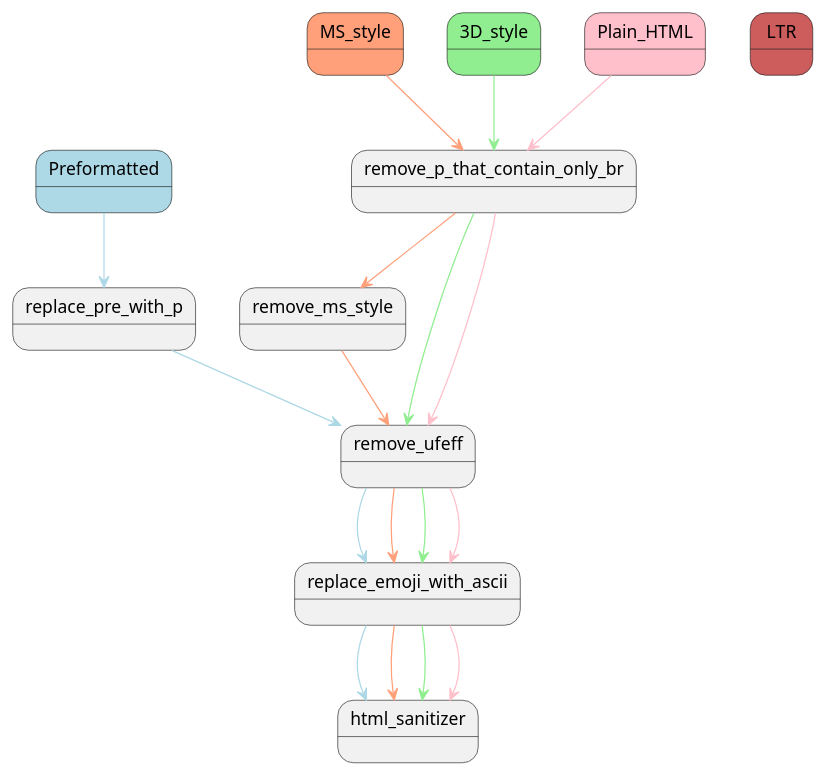
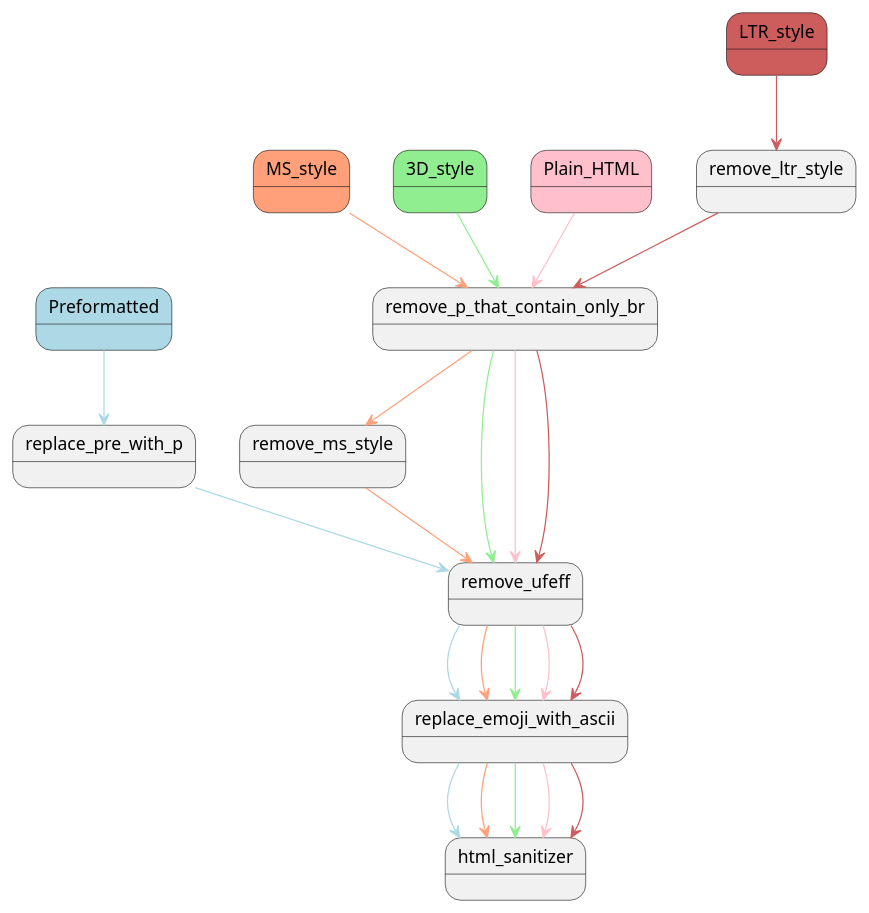
One commit to umd-lib/jenkins-test-repo changed the diagram in docs/images/CleaningProcess.puml. Above: the diagram before and after it, drawn with PlantUML. The commit also changed 1 other file, not shown here.

Commit message:
LIBWHCA-89. Documented ltr style

```diff
--- a/docs/images/CleaningProcess.puml
+++ b/docs/images/CleaningProcess.puml
@@ -1,38 +1,45 @@
 @startuml processingOverview
 
 state Preformatted #LightBlue
 state MS_style #LightSalmon
 state 3D_style #LightGreen
 state Plain_HTML #Pink
-state LTR #IndianRed
+state LTR_style #IndianRed
 
 state replace_pre_with_p
 state remove_ms_style
+state remove_ltr_style
 state replace_emoji_with_ascii
 state html_sanitizer
 state remove_p_that_contain_only_br
 state remove_ufeff
 
 
 Preformatted -[#LightBlue]-> replace_pre_with_p
 replace_pre_with_p -[#LightBlue]-> remove_ufeff
 remove_ufeff -[#LightBlue]-> replace_emoji_with_ascii
 replace_emoji_with_ascii --[#LightBlue]> html_sanitizer
 
 MS_style -[#LightSalmon]-> remove_p_that_contain_only_br
 remove_p_that_contain_only_br -[#LightSalmon]-> remove_ms_style
 remove_ms_style -[#LightSalmon]-> remove_ufeff
 remove_ufeff -[#LightSalmon]-> replace_emoji_with_ascii
 replace_emoji_with_ascii -[#LightSalmon]-> html_sanitizer
 
 3D_style -[#LightGreen]-> remove_p_that_contain_only_br
 remove_p_that_contain_only_br -[#LightGreen]-> remove_ufeff
 remove_ufeff -[#LightGreen]-> replace_emoji_with_ascii
 replace_emoji_with_ascii -[#LightGreen]-> html_sanitizer
 
 Plain_HTML -[#Pink]-> remove_p_that_contain_only_br
 remove_p_that_contain_only_br -[#Pink]-> remove_ufeff
 remove_ufeff -[#Pink]-> replace_emoji_with_ascii
 replace_emoji_with_ascii -[#Pink]-> html_sanitizer
 
+LTR_style -[#IndianRed]-> remove_ltr_style
+remove_ltr_style -[#IndianRed]-> remove_p_that_contain_only_br
+remove_p_that_contain_only_br -[#IndianRed]-> remove_ufeff
+remove_ufeff -[#IndianRed]-> replace_emoji_with_ascii
+replace_emoji_with_ascii -[#IndianRed]-> html_sanitizer
+
 @enduml
```
